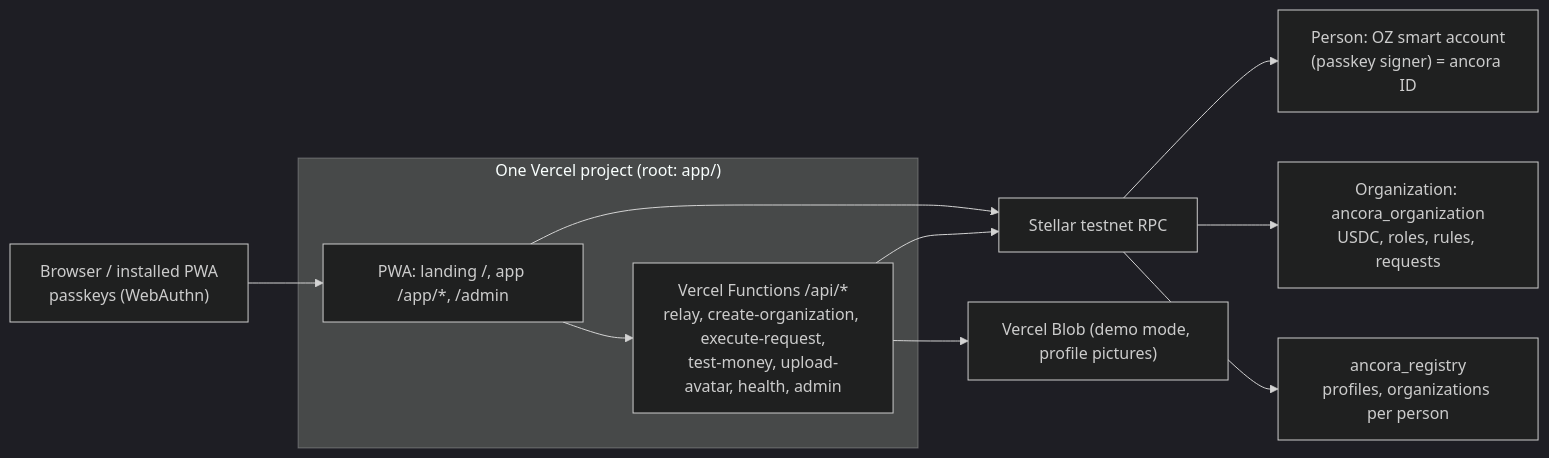
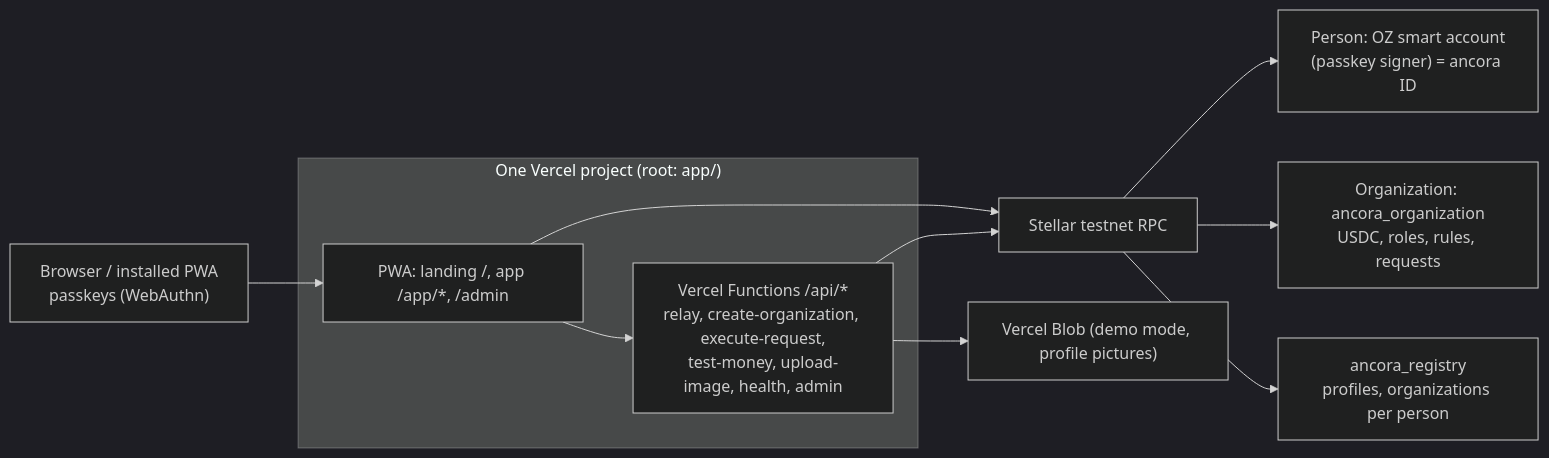
Before and after one commit to raglibol-re/ancora: the diagram in docs/ARCHITECTURE.md, drawn with Mermaid (dark theme). The commit also changed other lines of this file and 21 other files, not shown here.

````diff
--- a/docs/ARCHITECTURE.md
+++ b/docs/ARCHITECTURE.md
@@ -7,15 +7,15 @@
 ```mermaid
 flowchart LR
   subgraph Vercel["One Vercel project (root: app/)"]
     SPA["PWA: landing /, app /app/*, /admin"]
-    API["Vercel Functions /api/*<br/>relay, create-organization, execute-request,<br/>test-money, upload-avatar, health, admin"]
+    API["Vercel Functions /api/*<br/>relay, create-organization, execute-request,<br/>test-money, upload-image, health, admin"]
   end
   Browser["Browser / installed PWA<br/>passkeys (WebAuthn)"] --> SPA
   SPA --> API
   SPA --> RPC["Stellar testnet RPC"]
   API --> RPC
   API --> Blob["Vercel Blob (demo mode, profile pictures)"]
   RPC --> Person["Person: OZ smart account<br/>(passkey signer) = ancora ID"]
   RPC --> Org["Organization: ancora_organization<br/>USDC, roles, rules, requests"]
   RPC --> Registry["ancora_registry<br/>profiles, organizations per person"]
 ```
````
